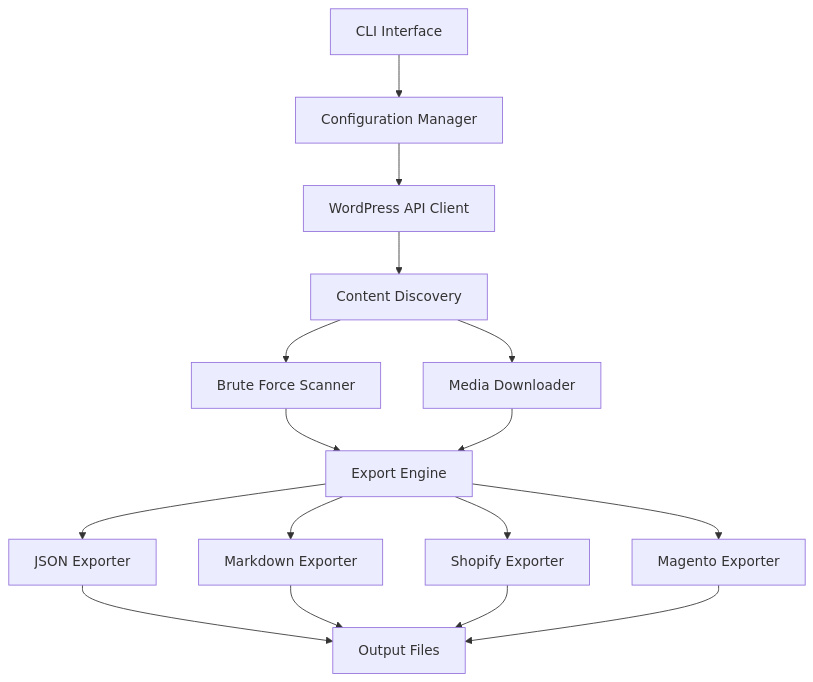
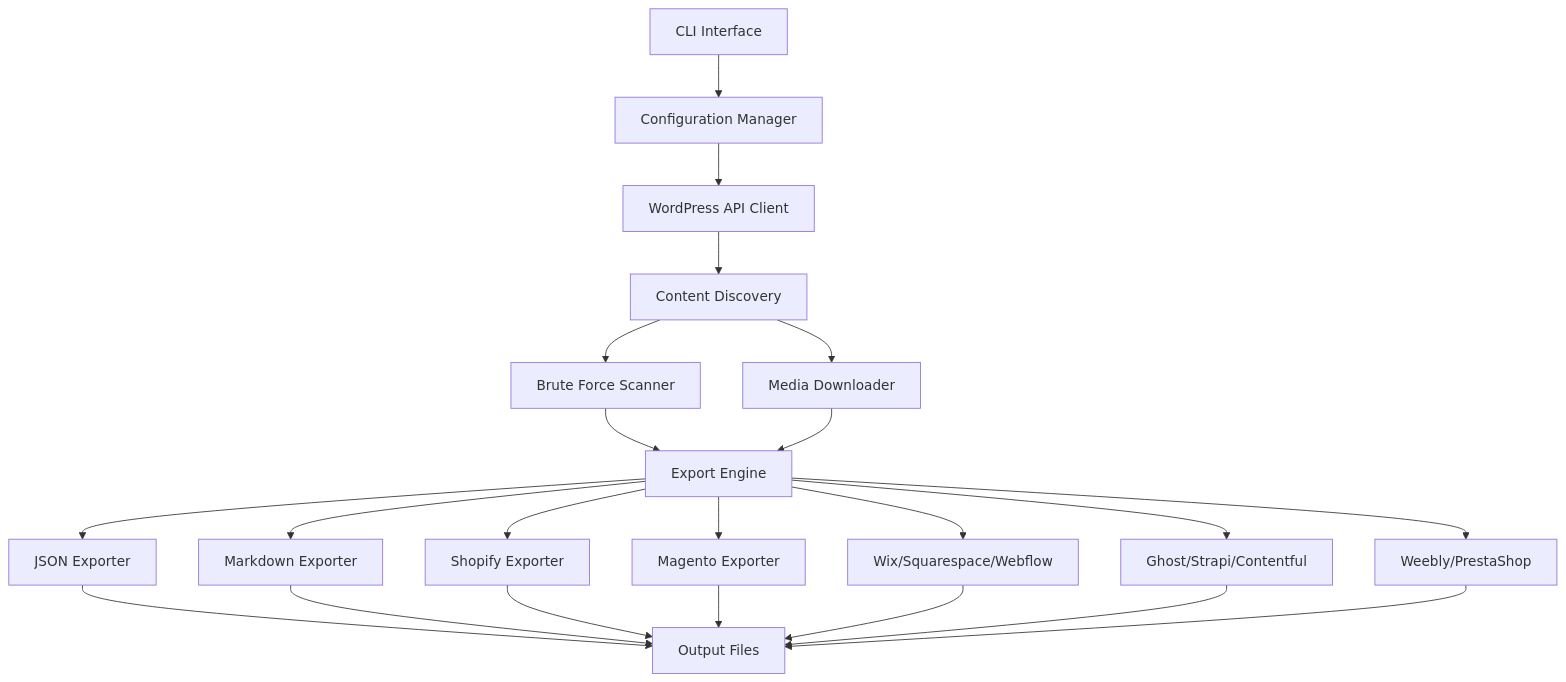
Before and after one commit to tradik/wpexporter: the diagram in README.md, drawn with Mermaid. The commit also changed other lines of this file and 25 other files, not shown here.

Commit message:
feat: Introduce new exporters for Wix, PrestaShop, Ghost, Drupal, Webflow, Contentful, Squarespace, WordPress, Weebly, and Strapi, along with updated configuration, core exporter logic, and documentation.

````diff
--- a/README.md
+++ b/README.md
@@ -332,18 +363,24 @@
 ```mermaid
 graph TB
     A[CLI Interface] --> B[Configuration Manager]
     B --> C[WordPress API Client]
     C --> D[Content Discovery]
     D --> E[Brute Force Scanner]
     D --> F[Media Downloader]
     E --> G[Export Engine]
     F --> G
     G --> H[JSON Exporter]
     G --> I[Markdown Exporter]
     G --> K[Shopify Exporter]
     G --> L[Magento Exporter]
+    G --> M[Wix/Squarespace/Webflow]
+    G --> N[Ghost/Strapi/Contentful]
+    G --> O[Weebly/PrestaShop]
     H --> J[Output Files]
     I --> J
     K --> J
     L --> J
+    M --> J
+    N --> J
+    O --> J
 ```
````
